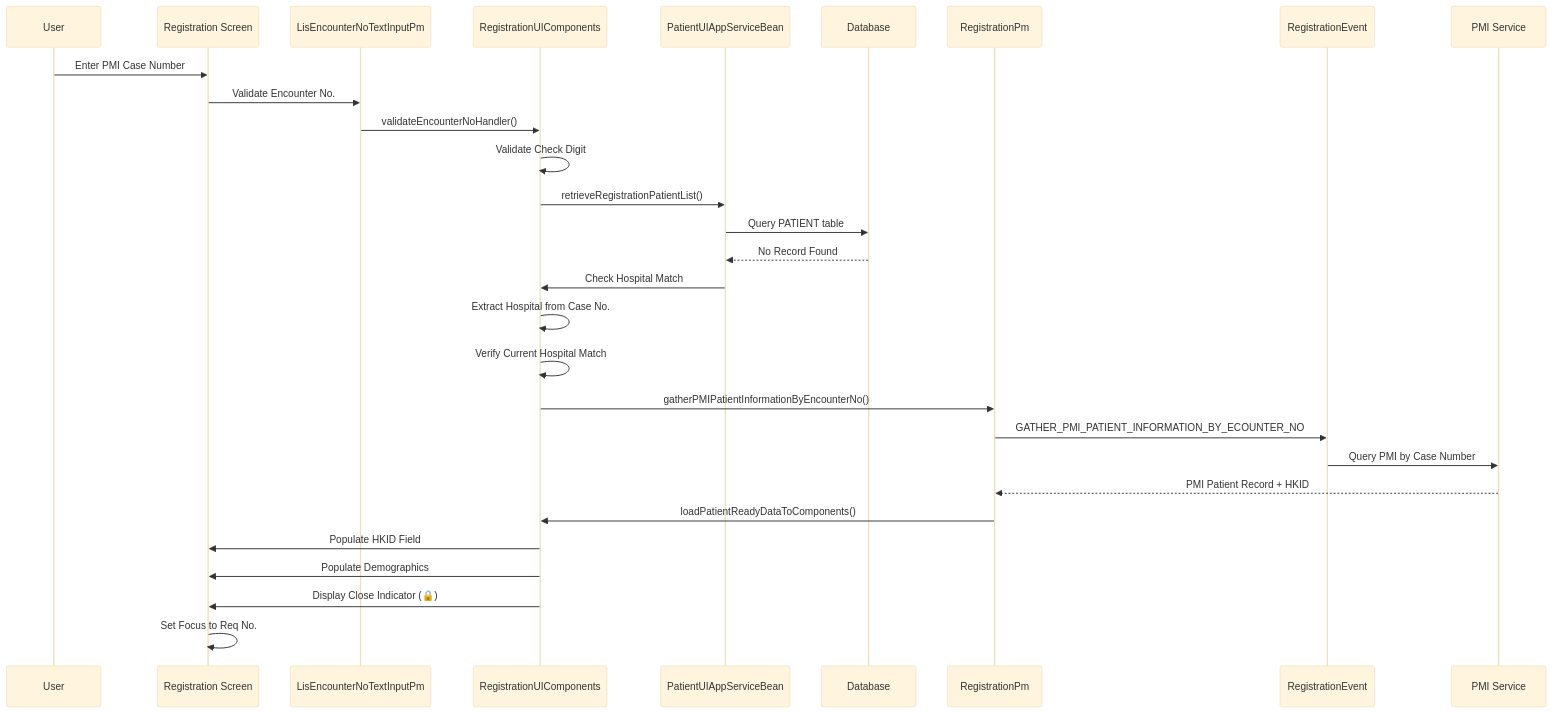
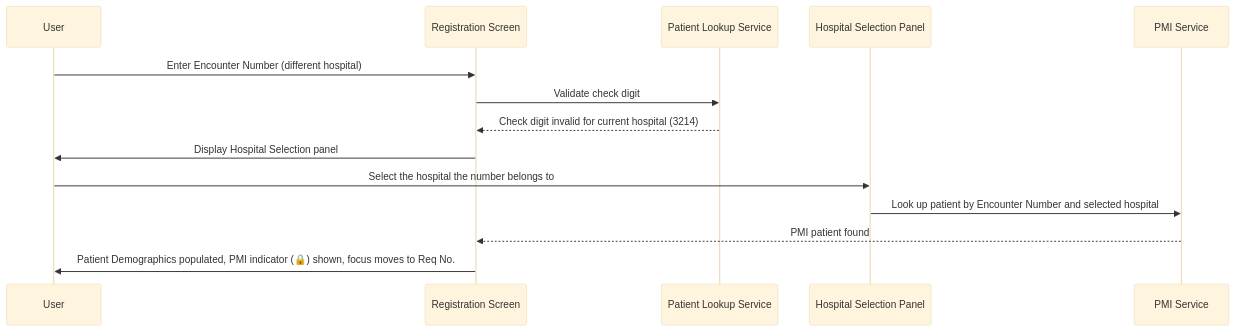
One commit to DragonChong/HA-Notes changed the third of 4 diagrams in Knowledge Base/01_Screens/Registration/Workflows/Retrieve Patient by Encounter Number.md. Above: the diagram before and after it, drawn with Mermaid (base theme). The commit also changed other lines of this file, not shown here.

````diff
--- a/Knowledge Base/01_Screens/Registration/Workflows/Retrieve Patient by Encounter Number.md
+++ b/Knowledge Base/01_Screens/Registration/Workflows/Retrieve Patient by Encounter Number.md
@@ -145,22 +171,11 @@
 ```mermaid
 sequenceDiagram
-    User->>Registration Screen: Enter PMI Case Number
-    Registration Screen->>LisEncounterNoTextInputPm: Validate Encounter No.
-    LisEncounterNoTextInputPm->>RegistrationUIComponents: validateEncounterNoHandler()
-    RegistrationUIComponents->>RegistrationUIComponents: Validate Check Digit
-    RegistrationUIComponents->>PatientUIAppServiceBean: retrieveRegistrationPatientList()
-    PatientUIAppServiceBean->>Database: Query PATIENT table
-    Database-->>PatientUIAppServiceBean: No Record Found
-    PatientUIAppServiceBean->>RegistrationUIComponents: Check Hospital Match
-    RegistrationUIComponents->>RegistrationUIComponents: Extract Hospital from Case No.
-    RegistrationUIComponents->>RegistrationUIComponents: Verify Current Hospital Match
-    RegistrationUIComponents->>RegistrationPm: gatherPMIPatientInformationByEncounterNo()
-    RegistrationPm->>RegistrationEvent: GATHER_PMI_PATIENT_INFORMATION_BY_ECOUNTER_NO
-    RegistrationEvent->>PMI Service: Query PMI by Case Number
-    PMI Service-->>RegistrationPm: PMI Patient Record + HKID
-    RegistrationPm->>RegistrationUIComponents: loadPatientReadyDataToComponents()
-    RegistrationUIComponents->>Registration Screen: Populate HKID Field
-    RegistrationUIComponents->>Registration Screen: Populate Demographics
-    RegistrationUIComponents->>Registration Screen: Display Close Indicator (🔒)
-    Registration Screen->>Registration Screen: Set Focus to Req No.
+    User->>Registration Screen: Enter Encounter Number (different hospital)
+    Registration Screen->>Patient Lookup Service: Validate check digit
+    Patient Lookup Service-->>Registration Screen: Check digit invalid for current hospital (3214)
+    Registration Screen->>User: Display Hospital Selection panel
+    User->>Hospital Selection Panel: Select the hospital the number belongs to
+    Hospital Selection Panel->>PMI Service: Look up patient by Encounter Number and selected hospital
+    PMI Service-->>Registration Screen: PMI patient found
+    Registration Screen->>User: Patient Demographics populated, PMI indicator (🔒) shown, focus moves to Req No.
 ```
````
